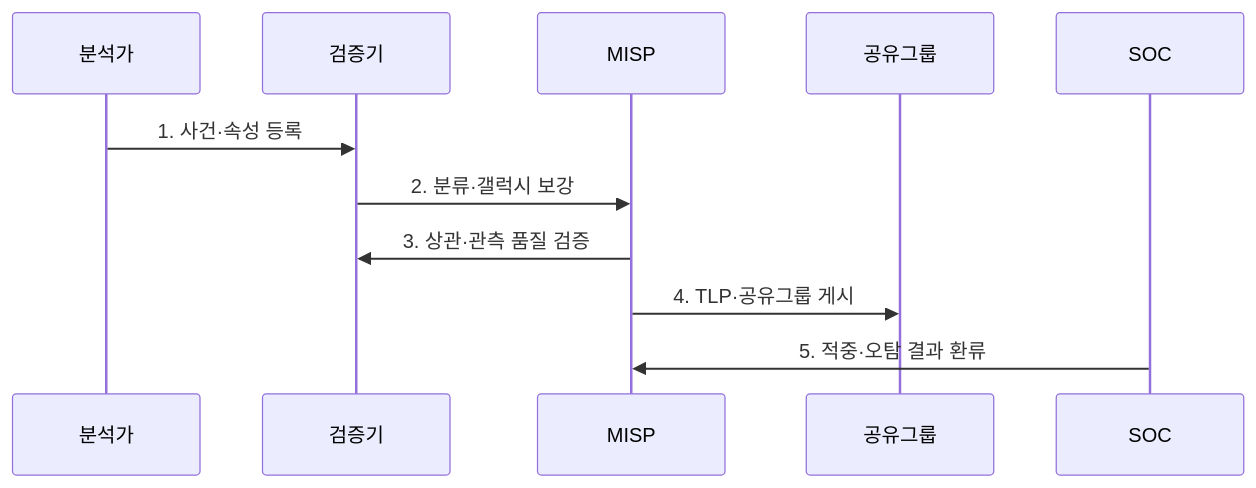
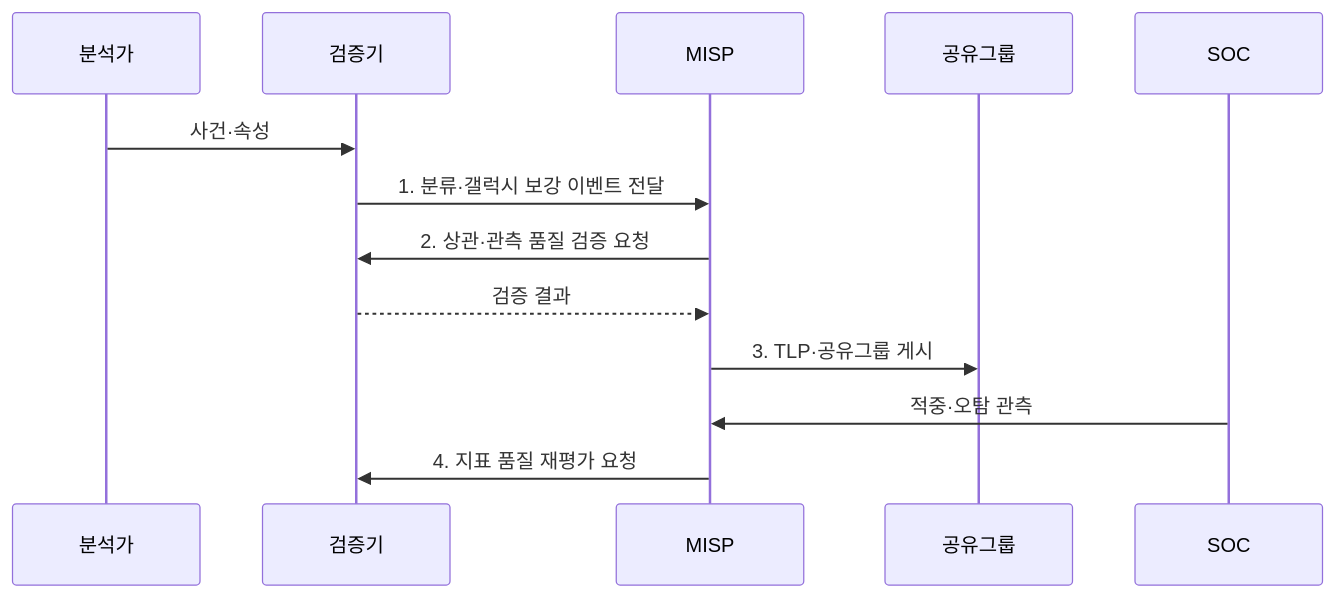
One commit to agnusdei1207/knowledge-base changed the second of 2 diagrams in src/content/docs/notes/05-security/033_misp.md. Above: the diagram before and after it, drawn with Mermaid. The commit also changed other lines of this file and 20 other files, not shown here.

````diff
--- a/src/content/docs/notes/05-security/033_misp.md
+++ b/src/content/docs/notes/05-security/033_misp.md
@@ -89,13 +89,15 @@
 ```mermaid
 sequenceDiagram
     participant 분석가
     participant 검증기
     participant MISP
     participant 공유그룹
     participant SOC
-    분석가->>검증기: 1. 사건·속성 등록
-    검증기->>MISP: 2. 분류·갤럭시 보강
-    MISP->>검증기: 3. 상관·관측 품질 검증
-    MISP->>공유그룹: 4. TLP·공유그룹 게시
-    SOC->>MISP: 5. 적중·오탐 결과 환류
+    분석가->>검증기: 사건·속성
+    검증기->>MISP: 1. 분류·갤럭시 보강 이벤트 전달
+    MISP->>검증기: 2. 상관·관측 품질 검증 요청
+    검증기-->>MISP: 검증 결과
+    MISP->>공유그룹: 3. TLP·공유그룹 게시
+    SOC->>MISP: 적중·오탐 관측
+    MISP->>검증기: 4. 지표 품질 재평가 요청
 ```
````
